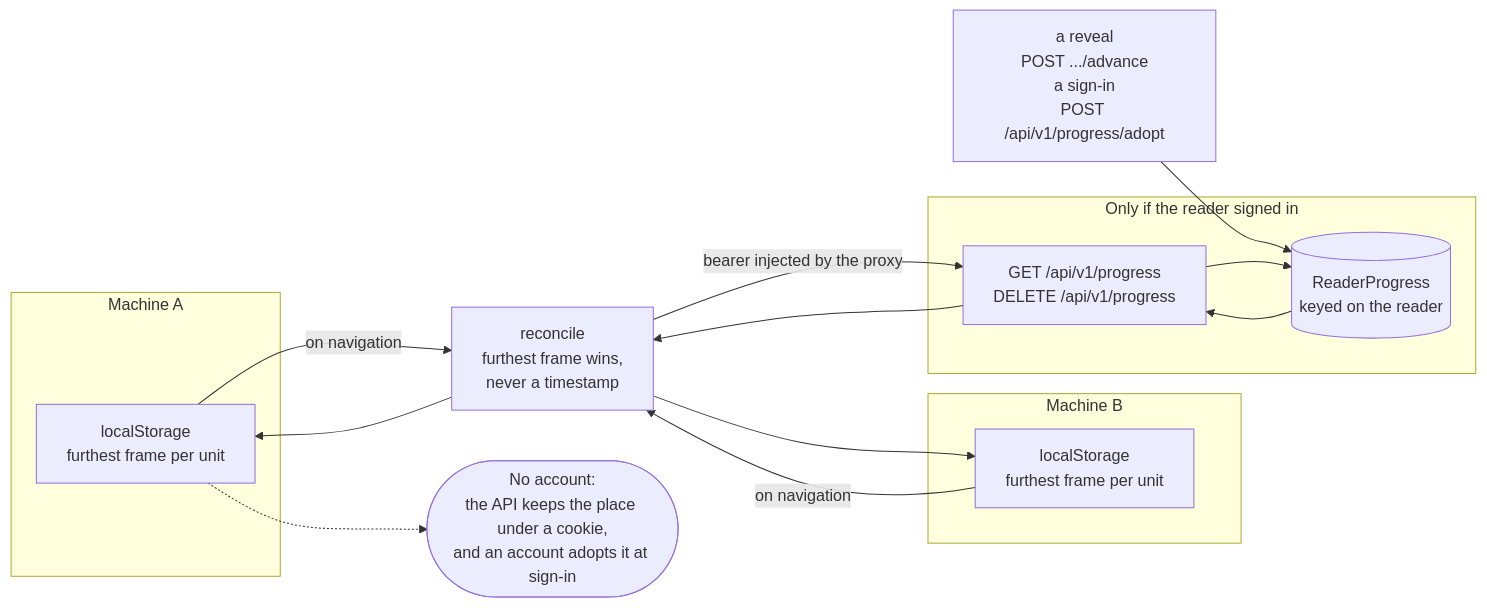
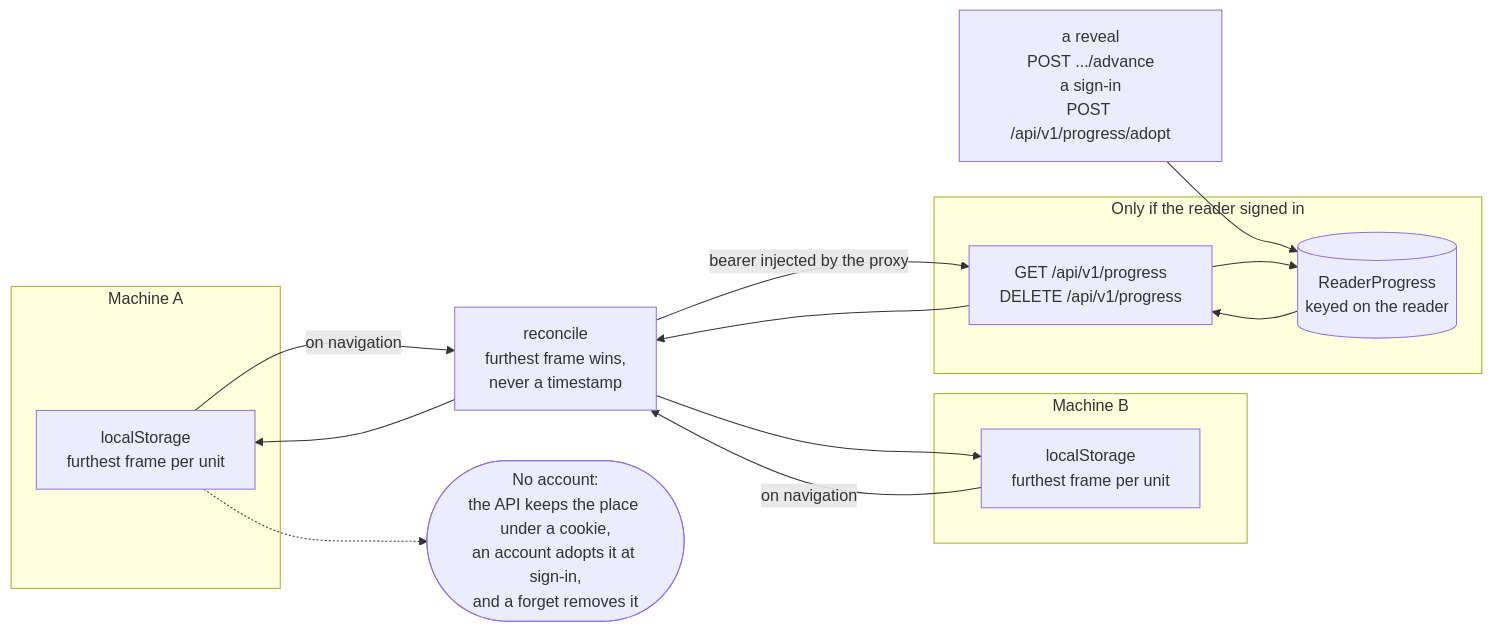
The diagram in docs/diagrams/b4-position-not-progress.mmd (konradcinkusz/ab-ove), drawn with Mermaid before and after one commit. The commit also changed 31 other files, not shown here.

```diff
--- a/docs/diagrams/b4-position-not-progress.mmd
+++ b/docs/diagrams/b4-position-not-progress.mmd
@@ -1,46 +1,48 @@
 %% Where the reader is: position, which is not progress, and which machine holds it.
 %% ONE DIAGRAM PER FILE. ASCII ONLY.
 
 %% THE READING SURFACE SHOWS POSITION AND NEVER PROGRESS (ADR-0041). A percentage over a
 %% book of 47 programs is a number about the reader, and this product does not make those.
 %% The pager says which frame of how many, and opens the map of the program (ADR-0063).
 
-%% THE ACCOUNT LEARNS A PLACE ONLY FROM THE API'S OWN WRITES (ADR-0068). A reveal moves the
-%% cursor the reader reads under, and signing in adopts the places read without an account.
-%% The browser's copy is a resume hint (ADR-0060) and sends the account nothing. An account
-%% buys one thing: the same place on a second machine.
+%% THE BROWSER SENDS THE ACCOUNT NO PLACE (ADR-0068). What the web app puts on the account
+%% comes from the API's own writes: a reveal moves the cursor the reader reads under, and
+%% signing in adopts the places read without an account. The browser's copy is a resume hint
+%% (ADR-0060). Until #171, web/mcp still raises the account through PUT, which is a row in the
+%% deviation register. A forget reaches the cookie's place as well as the browser's and the
+%% account's. An account buys one thing: the same place on a second machine.
 
 %% FURTHEST FRAME WINS (ADR-0019). Two machines that disagree are not a conflict to resolve
 %% with a timestamp: the reader has read up to the furthest of the two, and a reconciliation
 %% that moved them backwards would lose reading they did.
 
 flowchart LR
   subgraph m1["Machine A"]
     LA["localStorage<br/>furthest frame per unit"]
   end
 
   subgraph m2["Machine B"]
     LB["localStorage<br/>furthest frame per unit"]
   end
 
   subgraph server["Only if the reader signed in"]
     API["GET /api/v1/progress<br/>DELETE /api/v1/progress"]
     RP[("ReaderProgress<br/>keyed on the reader")]
   end
 
   WRITES["a reveal<br/>POST .../advance<br/>a sign-in<br/>POST /api/v1/progress/adopt"]
 
   RECON["reconcile<br/>furthest frame wins,<br/>never a timestamp"]
 
   LA -->|"on navigation"| RECON
   LB -->|"on navigation"| RECON
   RECON -->|"bearer injected by the proxy"| API
   WRITES --> RP
   API --> RP
   RP --> API
   API --> RECON
   RECON --> LA
   RECON --> LB
 
-  NOACC(["No account:<br/>the API keeps the place under a cookie,<br/>and an account adopts it at sign-in"])
+  NOACC(["No account:<br/>the API keeps the place under a cookie,<br/>an account adopts it at sign-in,<br/>and a forget removes it"])
   LA -.-> NOACC
```
